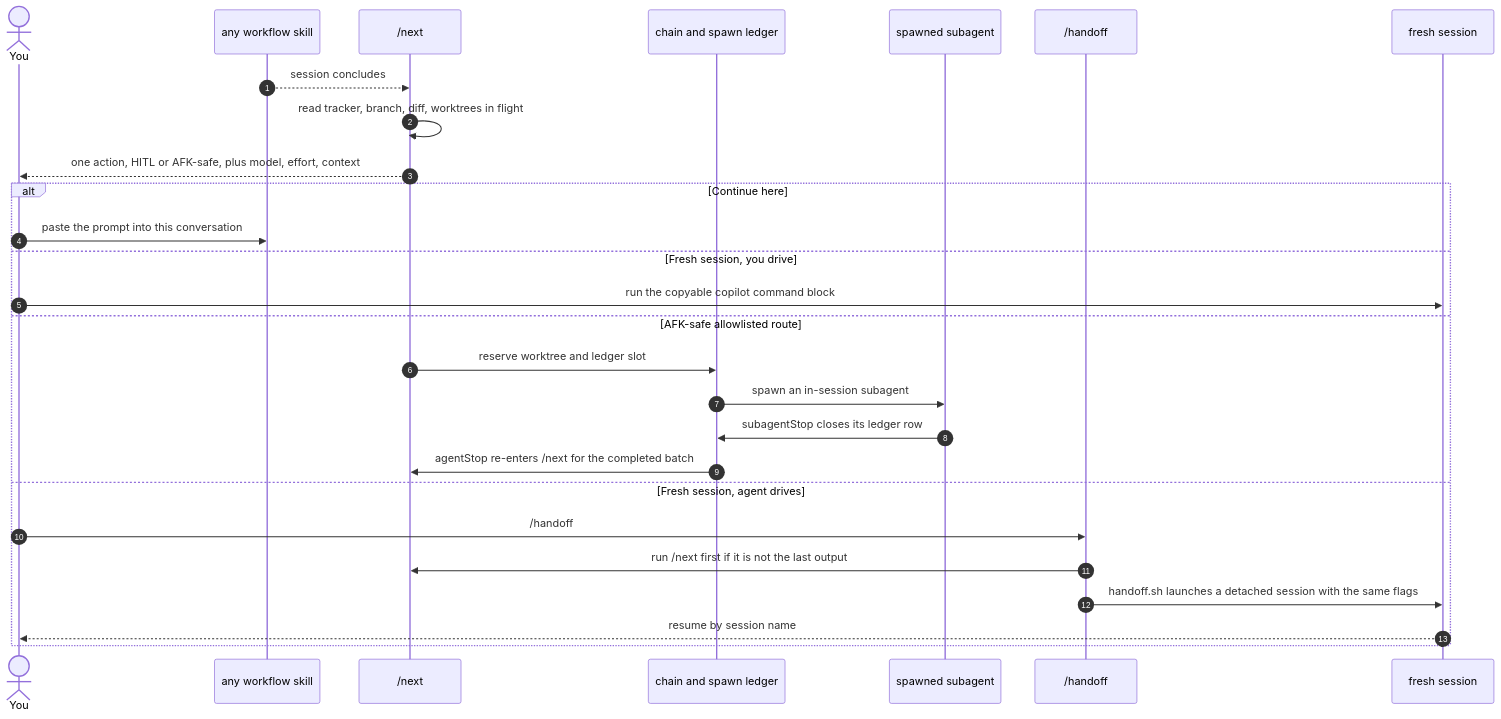
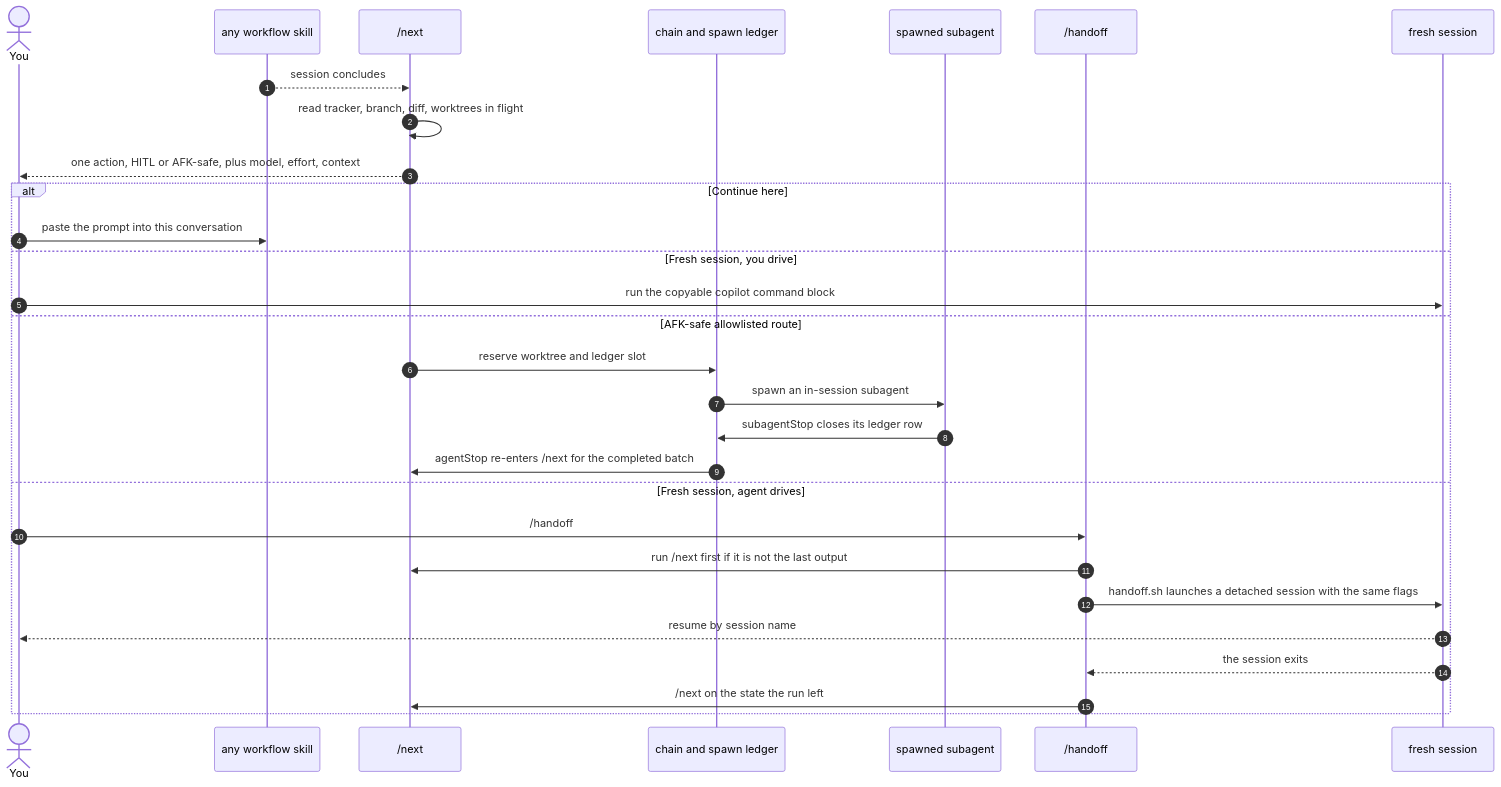
One commit to bradcstevens/git-loopy-skills changed the third of 12 diagrams in docs/skill-connections.md. Above: the diagram before and after it, drawn with Mermaid. The commit also changed 3 other files, not shown here.

````diff
--- a/docs/skill-connections.md
+++ b/docs/skill-connections.md
@@ -168,31 +168,33 @@
 ```mermaid
 sequenceDiagram
     autonumber
     actor U as You
     participant SK as any workflow skill
     participant NX as /next
     participant CH as chain and spawn ledger
     participant SA as spawned subagent
     participant HO as /handoff
     participant BG as fresh session
 
     SK-->>NX: session concludes
     NX->>NX: read tracker, branch, diff, worktrees in flight
     NX-->>U: one action, HITL or AFK-safe, plus model, effort, context
 
     alt Continue here
         U->>SK: paste the prompt into this conversation
     else Fresh session, you drive
         U->>BG: run the copyable copilot command block
     else AFK-safe allowlisted route
         NX->>CH: reserve worktree and ledger slot
         CH->>SA: spawn an in-session subagent
         SA->>CH: subagentStop closes its ledger row
         CH->>NX: agentStop re-enters /next for the completed batch
     else Fresh session, agent drives
         U->>HO: /handoff
         HO->>NX: run /next first if it is not the last output
         HO->>BG: handoff.sh launches a detached session with the same flags
         BG-->>U: resume by session name
+        BG-->>HO: the session exits
+        HO->>NX: /next on the state the run left
     end
 ```
````
